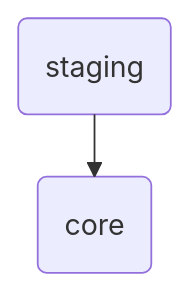
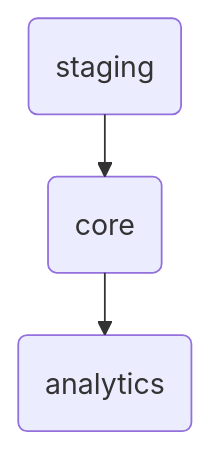
Before and after one commit to carbonfact/lea: the first of 2 diagrams in examples/jaffle_shop/docs/README.md, drawn with Mermaid. The commit also changed other lines of this file and 7 other files, not shown here.

Commit message:
allow selecting tables in a schema

````diff
--- a/examples/jaffle_shop/docs/README.md
+++ b/examples/jaffle_shop/docs/README.md
@@ -10,7 +11,9 @@
 ```mermaid
 %%{init: {"flowchart": {"defaultRenderer": "elk"}} }%%
 flowchart TB
+    analytics(analytics)
+    staging(staging)
     core(core)
-    staging(staging)
     staging --> core
+    core --> analytics
 ```
````
